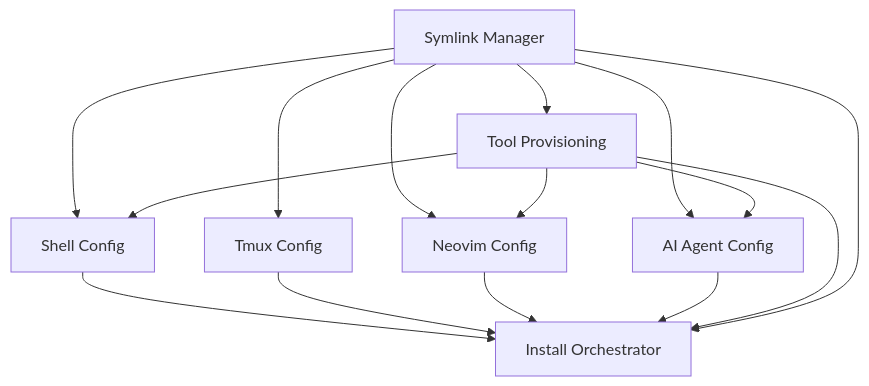
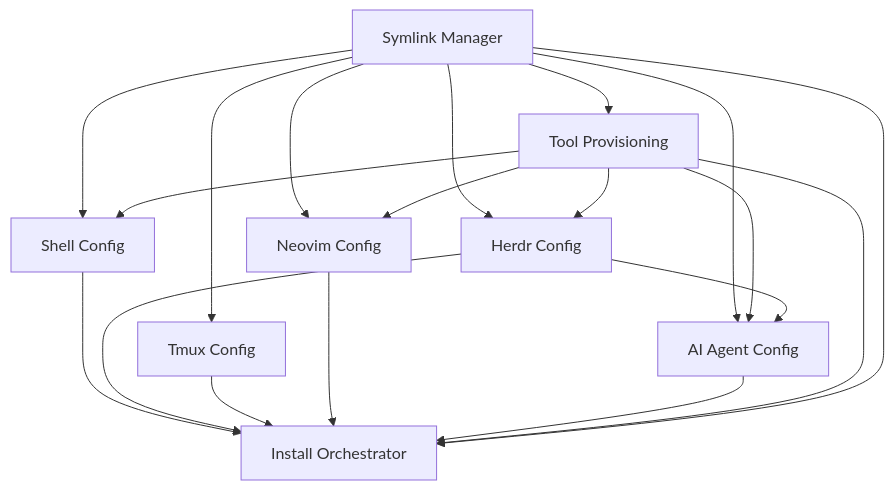
The diagram in specs/README.md (mtomcal/dotfiles), drawn with Mermaid before and after one commit. The commit also changed other lines of this file and 13 other files, not shown here.

````diff
--- a/specs/README.md
+++ b/specs/README.md
@@ -64,17 +66,21 @@
 ```mermaid
 graph TD
     symlink[Symlink Manager] --> tool[Tool Provisioning]
     symlink --> shell[Shell Config]
+    symlink --> herdr[Herdr Config]
     symlink --> tmux[Tmux Config]
     symlink --> nvim[Neovim Config]
     symlink --> ai[AI Agent Config]
     tool --> shell
+    tool --> herdr
     tool --> nvim
     tool --> ai
+    herdr --> ai
     shell --> install[Install Orchestrator]
+    herdr --> install
     tmux --> install
     nvim --> install
     ai --> install
     tool --> install
     symlink --> install
 ```
````
